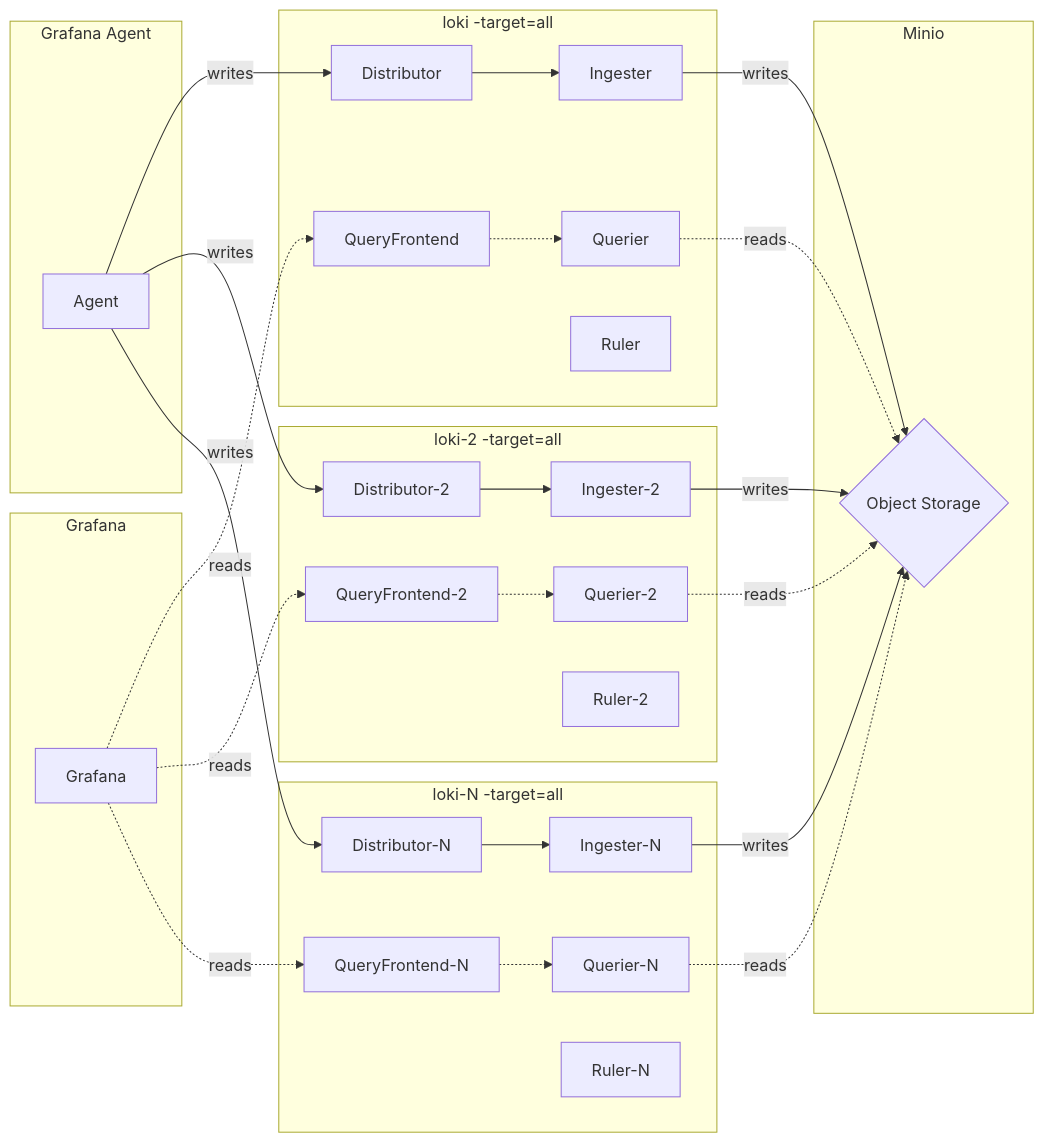
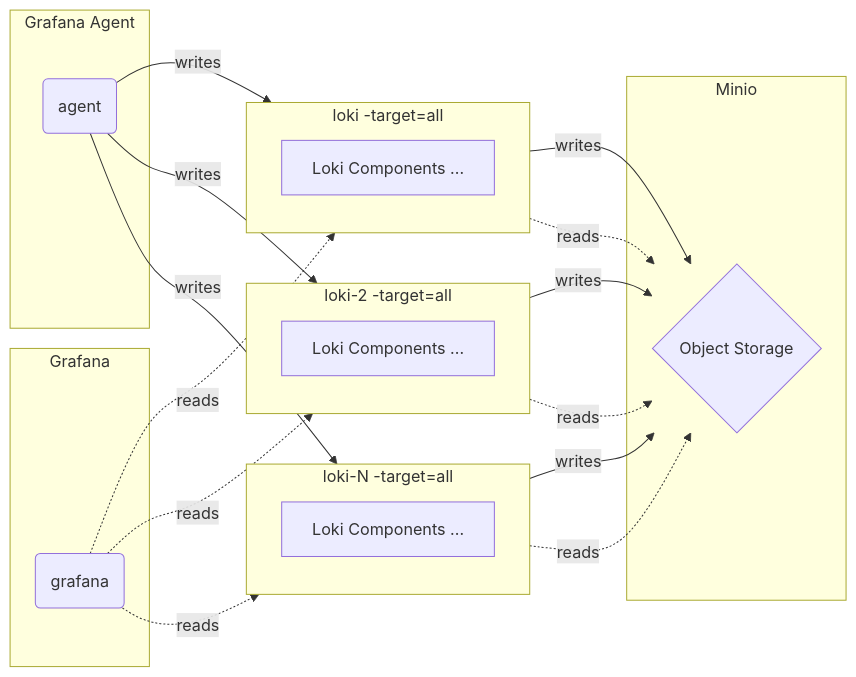
The second of 2 diagrams in docker-compose/monolithic-mode/logs/README.md (qclaogui/codelab-monitoring), drawn with Mermaid before and after one commit. The commit also changed other lines of this file and 5 other files, not shown here.

Commit message:
Flowchart code clean

````diff
--- a/docker-compose/monolithic-mode/logs/README.md
+++ b/docker-compose/monolithic-mode/logs/README.md
@@ -39,46 +37,30 @@
 ```mermaid
 flowchart LR
-    Agent   -->|writes| Distributor   --> Ingester   -->|writes| ObjectStorage
-    Agent   -->|writes| Distributor-2 --> Ingester-2 -->|writes| ObjectStorage
-    Agent   -->|writes| Distributor-N --> Ingester-N -->|writes| ObjectStorage
-    
-    Grafana -.->|reads| QueryFrontend   -.-> Querier   -.->|reads| ObjectStorage
-    Grafana -.->|reads| QueryFrontend-2 -.-> Querier-2 -.->|reads| ObjectStorage
-    Grafana -.->|reads| QueryFrontend-N -.-> Querier-N -.->|reads| ObjectStorage
+    A  -->|writes| Loki  -->|writes| M
+    A  -->|writes| Loki2 -->|writes| M
+    A  -->|writes| LokiN -->|writes| M
+
+    G -.->|reads| Loki  -.->|reads| M
+    G -.->|reads| Loki2 -.->|reads| M
+    G -.->|reads| LokiN -.->|reads| M
 
     subgraph Minio
-        ObjectStorage{"Object Storage"}
+        M{"Object Storage"}
     end
-
-    subgraph GrafanaAgent["Grafana Agent"]
-        Agent
+    subgraph Agent["Grafana Agent"]
+        A("agent")
     end
-
-    subgraph GFGraph["Grafana"]
-        Grafana
+    subgraph Grafana
+        G("grafana")
     end
 
     subgraph Loki["loki -target=all"]
-        Ingester
-        Distributor
-        Ruler
-        Querier
-        QueryFrontend
+        CP["Loki Components ..."]
     end
-
     subgraph Loki2["loki-2 -target=all"]
-        Ingester-2
-        Distributor-2
-        Ruler-2
-        Querier-2
-        QueryFrontend-2
+        CP-2["Loki Components ..."]
     end
-
     subgraph LokiN["loki-N -target=all"]
-        Ingester-N
-        Distributor-N
-        Ruler-N
-        Querier-N
-        QueryFrontend-N
+        CP-N["Loki Components ..."]
     end
 ```
````
